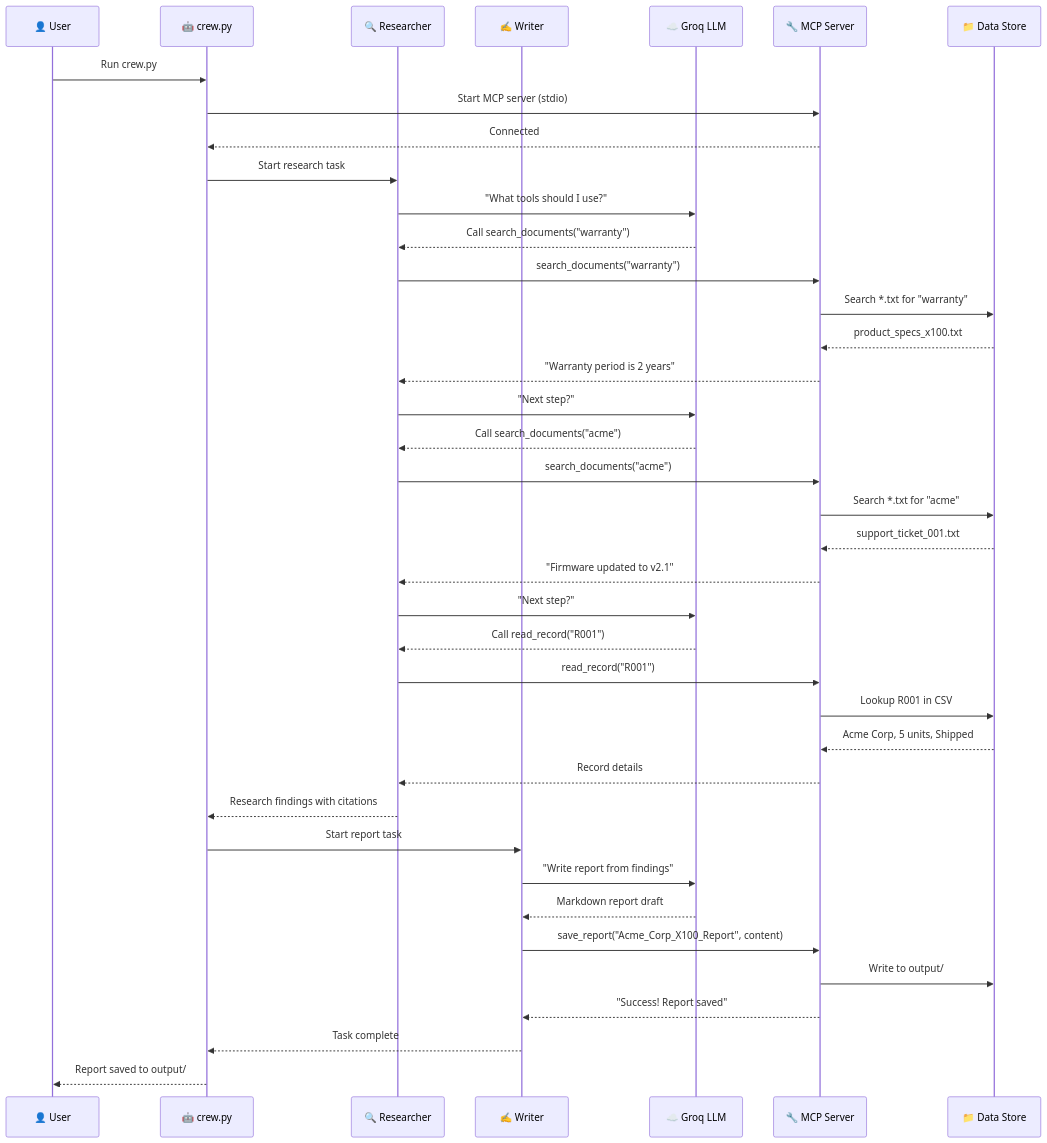
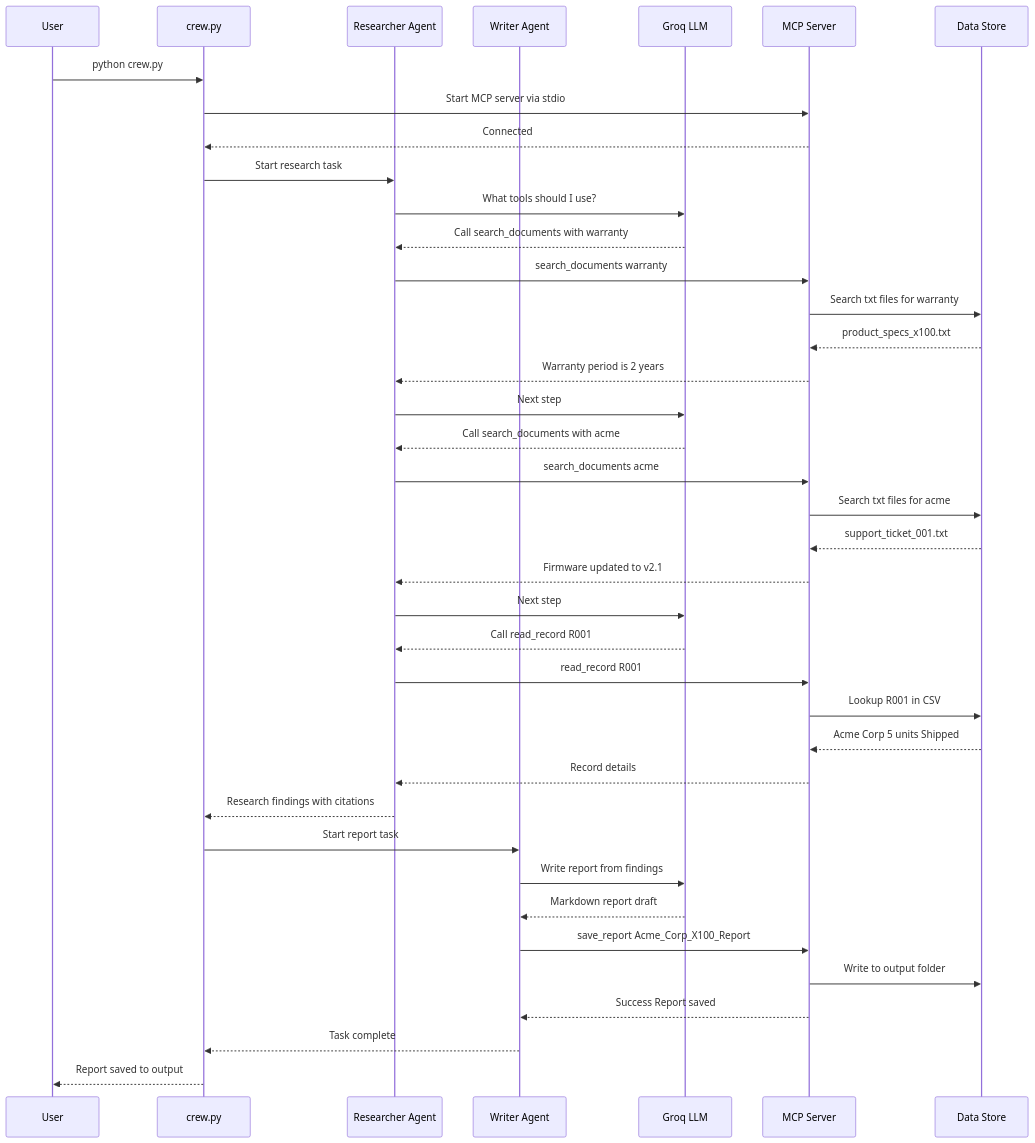
The second of 5 diagrams in HLD.md (ayush300302/crew-ops-intelligence), drawn with Mermaid before and after one commit. The commit also changed other lines of this file and 1 other file, not shown here.

Commit message:
docs: add mermaid HLD diagrams to README.md

````diff
--- a/HLD.md
+++ b/HLD.md
@@ -70,48 +52,48 @@
 ```mermaid
 sequenceDiagram
-    participant U as 👤 User
-    participant C as 🤖 crew.py
-    participant R as 🔍 Researcher
-    participant W as ✍️ Writer
-    participant LLM as ☁️ Groq LLM
-    participant MCP as 🔧 MCP Server
-    participant D as 📁 Data Store
+    participant U as User
+    participant C as crew.py
+    participant R as Researcher Agent
+    participant W as Writer Agent
+    participant LLM as Groq LLM
+    participant MCP as MCP Server
+    participant D as Data Store
 
-    U->>C: Run crew.py
-    C->>MCP: Start MCP server (stdio)
+    U->>C: python crew.py
+    C->>MCP: Start MCP server via stdio
     MCP-->>C: Connected
 
     C->>R: Start research task
-    R->>LLM: "What tools should I use?"
-    LLM-->>R: Call search_documents("warranty")
-    R->>MCP: search_documents("warranty")
-    MCP->>D: Search *.txt for "warranty"
+    R->>LLM: What tools should I use?
+    LLM-->>R: Call search_documents with warranty
+    R->>MCP: search_documents warranty
+    MCP->>D: Search txt files for warranty
     D-->>MCP: product_specs_x100.txt
-    MCP-->>R: "Warranty period is 2 years"
+    MCP-->>R: Warranty period is 2 years
 
-    R->>LLM: "Next step?"
-    LLM-->>R: Call search_documents("acme")
-    R->>MCP: search_documents("acme")
-    MCP->>D: Search *.txt for "acme"
+    R->>LLM: Next step
+    LLM-->>R: Call search_documents with acme
+    R->>MCP: search_documents acme
+    MCP->>D: Search txt files for acme
     D-->>MCP: support_ticket_001.txt
-    MCP-->>R: "Firmware updated to v2.1"
+    MCP-->>R: Firmware updated to v2.1
 
-    R->>LLM: "Next step?"
-    LLM-->>R: Call read_record("R001")
-    R->>MCP: read_record("R001")
+    R->>LLM: Next step
+    LLM-->>R: Call read_record R001
+    R->>MCP: read_record R001
     MCP->>D: Lookup R001 in CSV
-    D-->>MCP: Acme Corp, 5 units, Shipped
+    D-->>MCP: Acme Corp 5 units Shipped
     MCP-->>R: Record details
 
     R-->>C: Research findings with citations
 
     C->>W: Start report task
-    W->>LLM: "Write report from findings"
+    W->>LLM: Write report from findings
     LLM-->>W: Markdown report draft
-    W->>MCP: save_report("Acme_Corp_X100_Report", content)
-    MCP->>D: Write to output/
-    MCP-->>W: "Success! Report saved"
+    W->>MCP: save_report Acme_Corp_X100_Report
+    MCP->>D: Write to output folder
+    MCP-->>W: Success Report saved
 
     W-->>C: Task complete
-    C-->>U: Report saved to output/
+    C-->>U: Report saved to output
 ```
````
